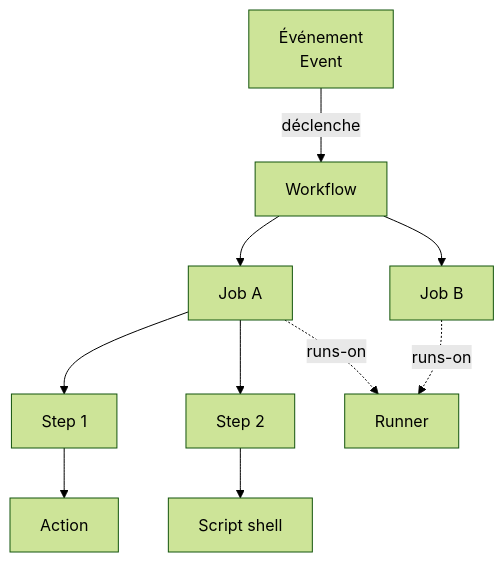
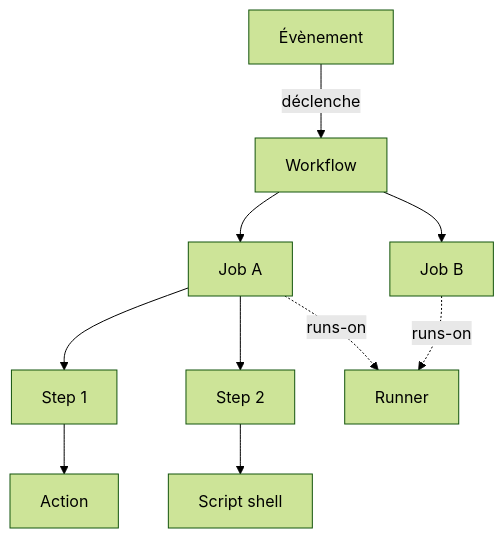
Before and after one commit to gpeyet-learning/guide-github-actions: the diagram in content/fondamentaux/introduction.md, drawn with Mermaid (forest theme). The commit also changed other lines of this file and 4 other files, not shown here.

````diff
--- a/content/fondamentaux/introduction.md
+++ b/content/fondamentaux/introduction.md
@@ -30,12 +30,12 @@
 ```mermaid
 graph TD
-    E[Événement<br/>Event] -->|déclenche| W[Workflow]
+    E[Évènement] -->|déclenche| W[Workflow]
     W --> J1[Job A]
     W --> J2[Job B]
     J1 --> S1[Step 1]
     J1 --> S2[Step 2]
     S1 --> A1[Action]
     S2 --> A2[Script shell]
     J1 -.->|runs-on| R[Runner]
     J2 -.->|runs-on| R
 ```
````
